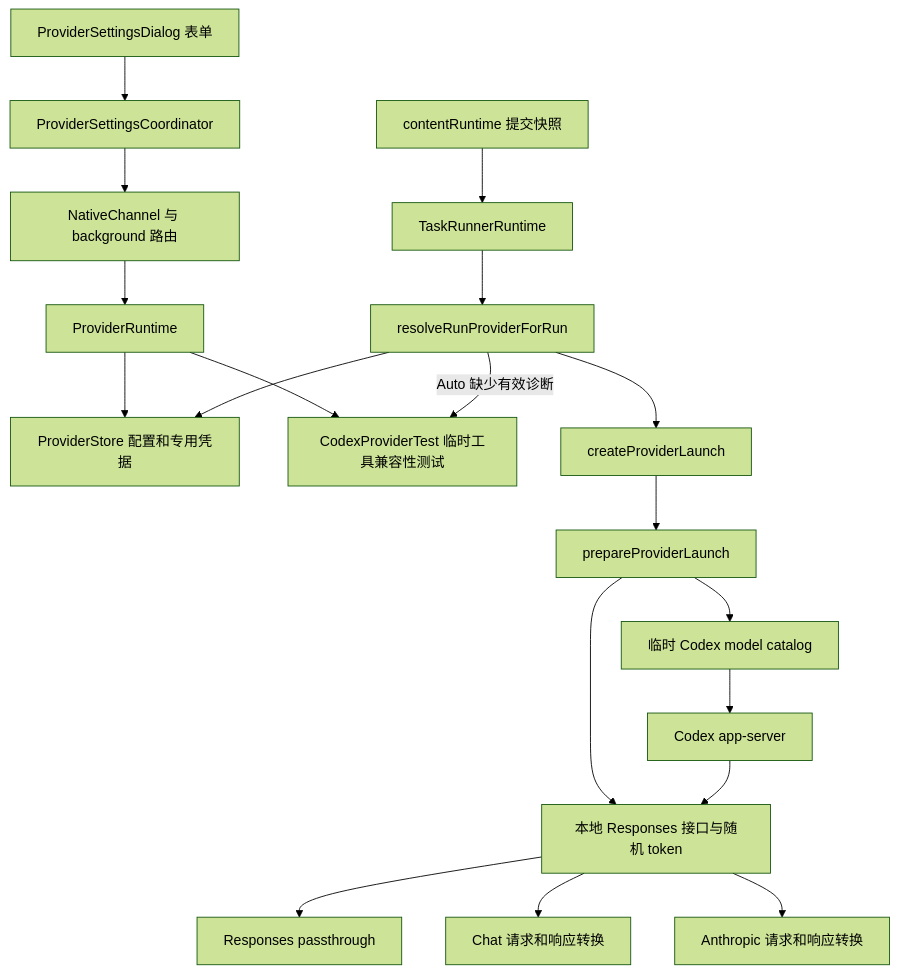
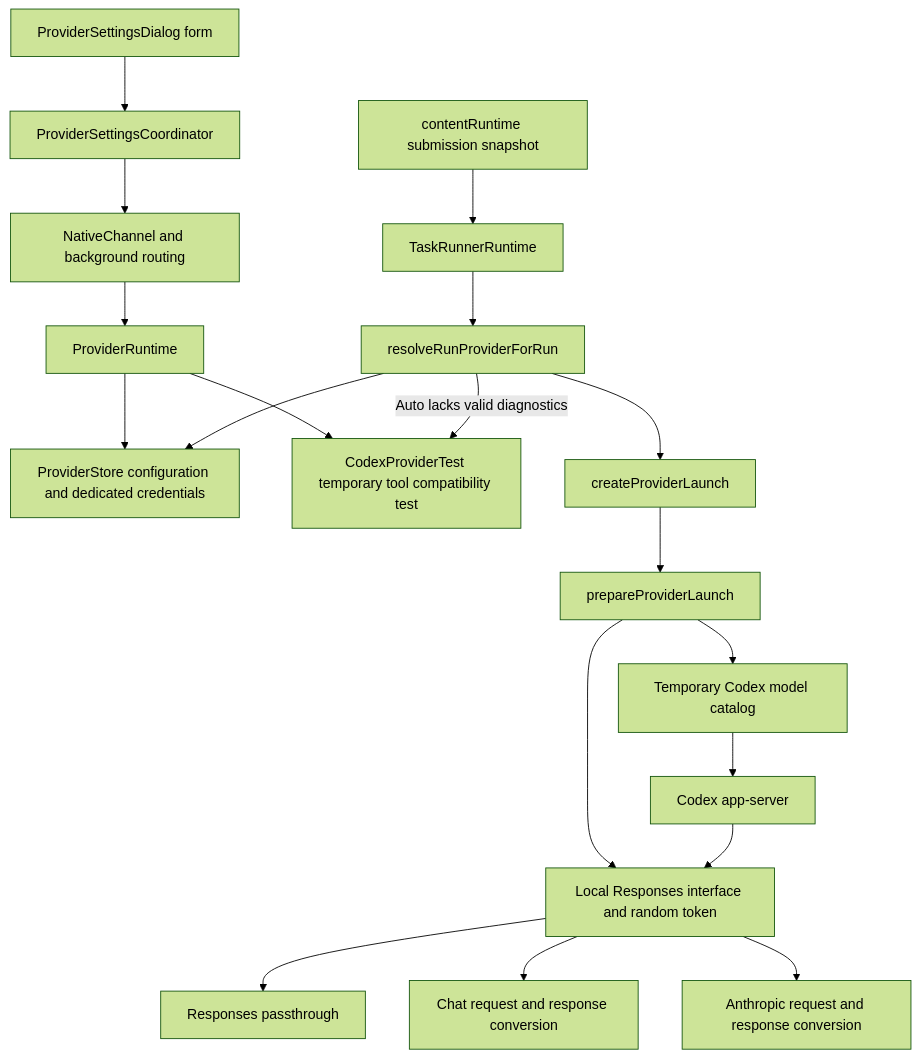
One commit to Ghqqqq/codex-overleaf-link changed the diagram in docs/architecture/providers-and-protocols.md. Above: the diagram before and after it, drawn with Mermaid (forest theme). The commit also changed other lines of this file and 14 other files, not shown here.

Commit message:
docs: translate architecture guide to English and correct navigation

````diff
--- a/docs/architecture/providers-and-protocols.md
+++ b/docs/architecture/providers-and-protocols.md
@@ -30,21 +30,21 @@
 ```mermaid
 flowchart TD
-  UI[ProviderSettingsDialog 表单] --> C[ProviderSettingsCoordinator]
-  C --> B[NativeChannel 与 background 路由]
+  UI[ProviderSettingsDialog form] --> C[ProviderSettingsCoordinator]
+  C --> B[NativeChannel and background routing]
   B --> R[ProviderRuntime]
-  R --> S[ProviderStore 配置和专用凭据]
-  R --> T[CodexProviderTest 临时工具兼容性测试]
-  RUN[contentRuntime 提交快照] --> TR[TaskRunnerRuntime]
+  R --> S[ProviderStore configuration and dedicated credentials]
+  R --> T[CodexProviderTest temporary tool compatibility test]
+  RUN[contentRuntime submission snapshot] --> TR[TaskRunnerRuntime]
   TR --> RP[resolveRunProviderForRun]
   RP --> S
-  RP -->|Auto 缺少有效诊断| T
+  RP -->|Auto lacks valid diagnostics| T
   RP --> L[createProviderLaunch]
   L --> P[prepareProviderLaunch]
-  P --> CAT[临时 Codex model catalog]
-  P --> BR[本地 Responses 接口与随机 token]
+  P --> CAT[Temporary Codex model catalog]
+  P --> BR[Local Responses interface and random token]
   BR --> RR[Responses passthrough]
-  BR --> CH[Chat 请求和响应转换]
-  BR --> AN[Anthropic 请求和响应转换]
+  BR --> CH[Chat request and response conversion]
+  BR --> AN[Anthropic request and response conversion]
   CAT --> A[Codex app-server]
   A --> BR
 ```
````
